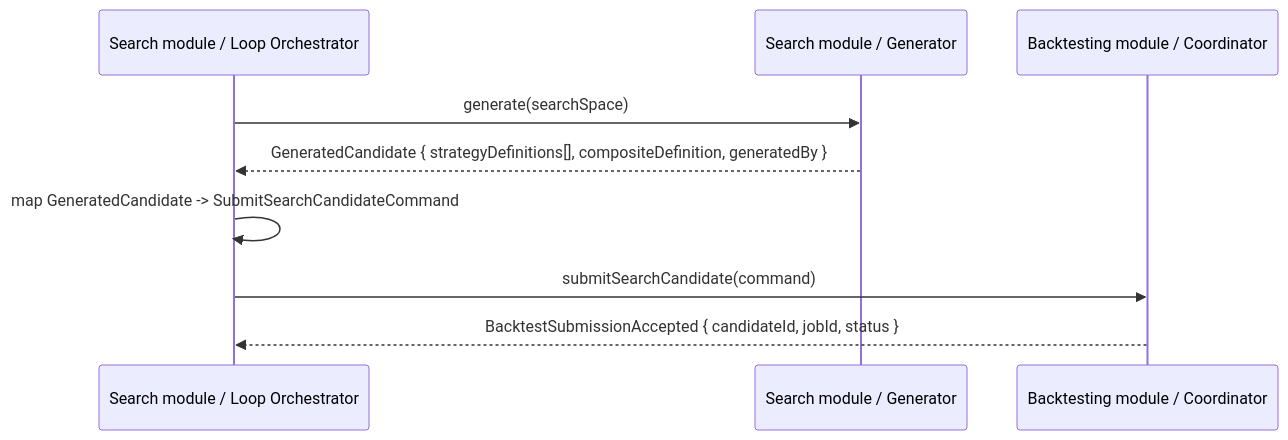
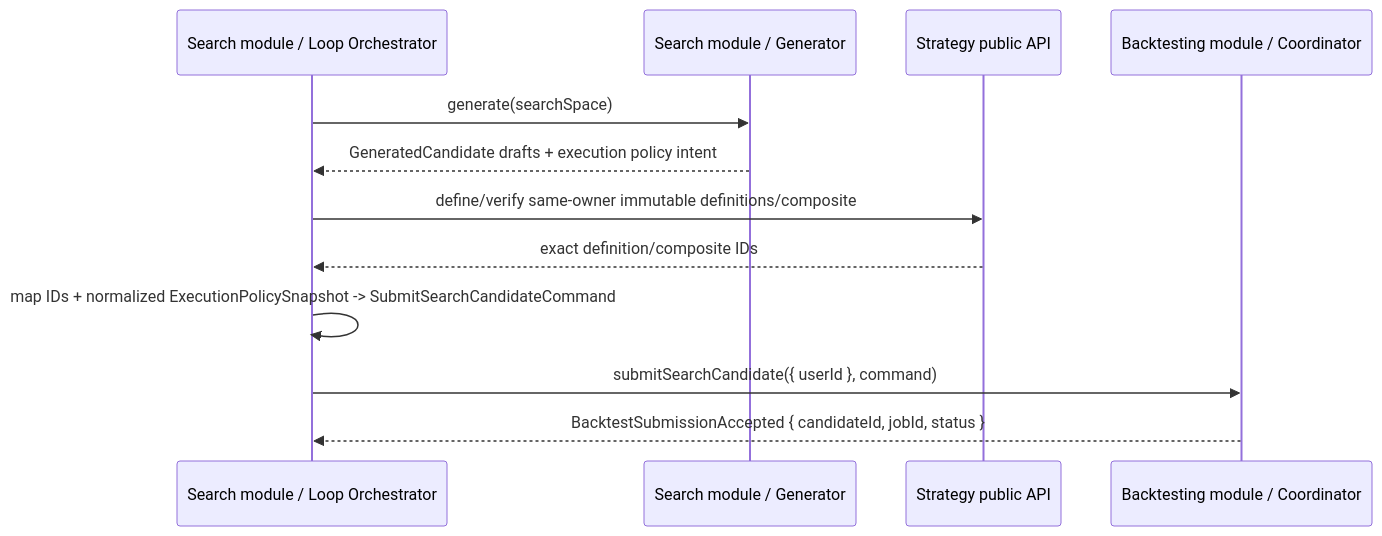
One commit to thanhdatttt/Cryptox changed the second of 9 diagrams in openspec/specs/search-spec.md. Above: the diagram before and after it, drawn with Mermaid. The commit also changed other lines of this file and 11 other files, not shown here.

````diff
--- a/openspec/specs/search-spec.md
+++ b/openspec/specs/search-spec.md
@@ -116,12 +116,15 @@
 ```mermaid
 sequenceDiagram
     participant O as Search module / Loop Orchestrator
     participant G as Search module / Generator
+    participant ST as Strategy public API
     participant BC as Backtesting module / Coordinator
 
     O->>G: generate(searchSpace)
-    G-->>O: GeneratedCandidate { strategyDefinitions[], compositeDefinition, generatedBy }
-    O->>O: map GeneratedCandidate -> SubmitSearchCandidateCommand
-    O->>BC: submitSearchCandidate(command)
+    G-->>O: GeneratedCandidate drafts + execution policy intent
+    O->>ST: define/verify same-owner immutable definitions/composite
+    ST-->>O: exact definition/composite IDs
+    O->>O: map IDs + normalized ExecutionPolicySnapshot -> SubmitSearchCandidateCommand
+    O->>BC: submitSearchCandidate({ userId }, command)
     BC-->>O: BacktestSubmissionAccepted { candidateId, jobId, status }
 ```
````
